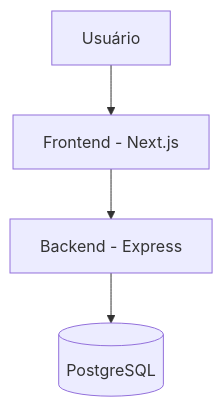
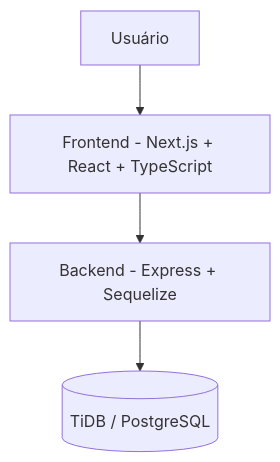
The diagram in Documents/Arquitetura.md (kadu2229/projeto-networking), drawn with Mermaid before and after one commit. The commit also changed other lines of this file and 10 other files, not shown here.

````diff
--- a/Documents/Arquitetura.md
+++ b/Documents/Arquitetura.md
@@ -2,6 +5,6 @@
 ```mermaid
 graph TD
-  A[Usuário] --> B[Frontend - Next.js]
-  B --> C[Backend - Express]
-  C --> D[(PostgreSQL)]
+  A[Usuário] --> B[Frontend - Next.js + React + TypeScript]
+  B --> C[Backend - Express + Sequelize]
+  C --> D[(TiDB / PostgreSQL)]
 ```
````
